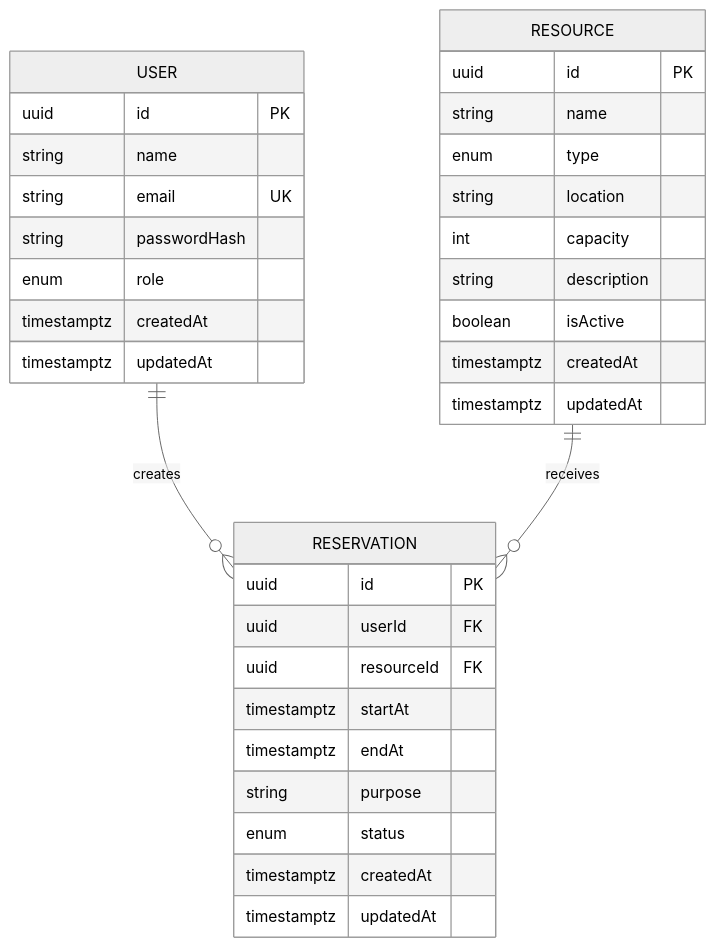
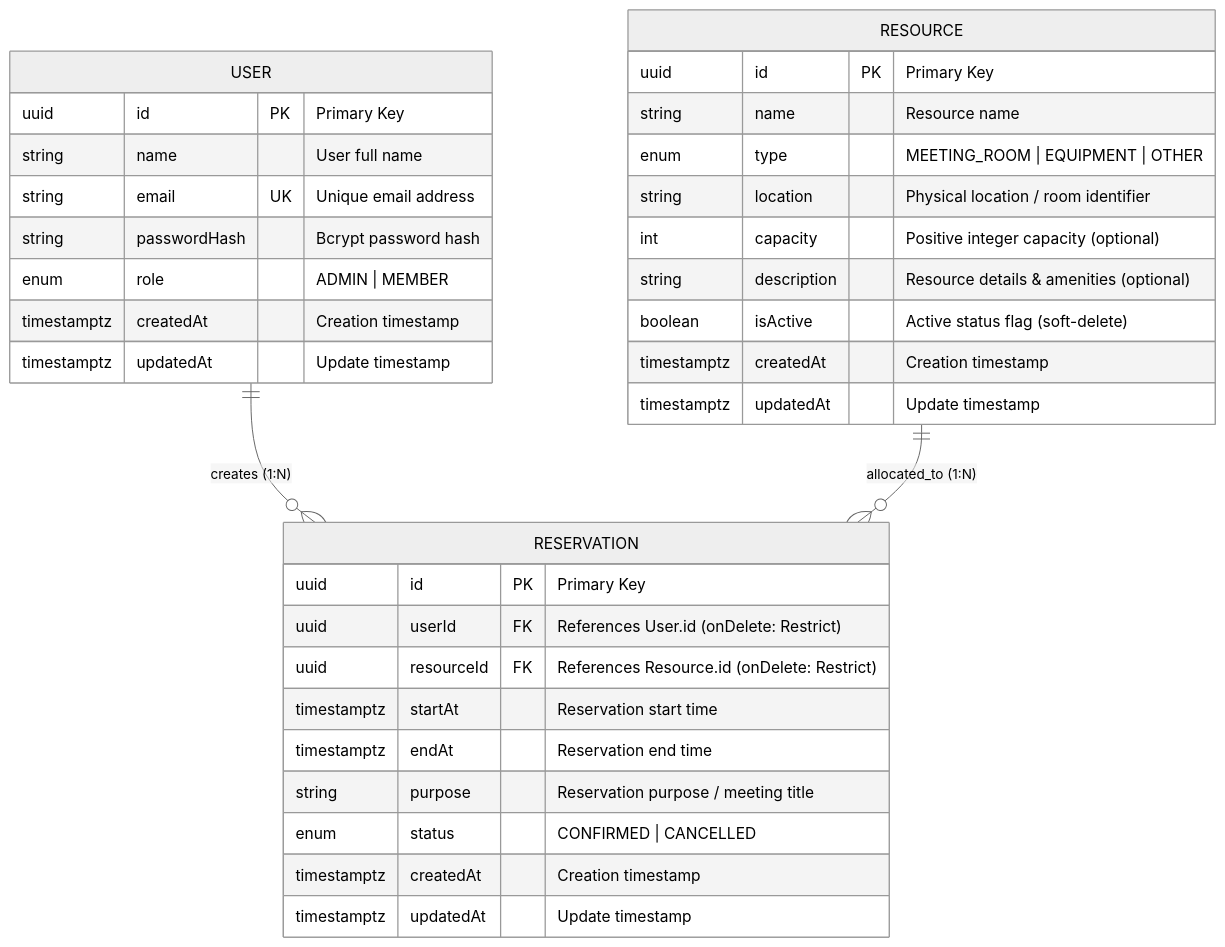
Before and after one commit to HimashaSawani/ReserveHub: the diagram in docs/er-diagram.md, drawn with Mermaid (neutral theme). The commit also changed other lines of this file and 16 other files, not shown here.

````diff
--- a/docs/er-diagram.md
+++ b/docs/er-diagram.md
@@ -3,39 +9,39 @@
 ```mermaid
 erDiagram
-    USER ||--o{ RESERVATION : creates
-    RESOURCE ||--o{ RESERVATION : receives
+    USER ||--o{ RESERVATION : "creates (1:N)"
+    RESOURCE ||--o{ RESERVATION : "allocated_to (1:N)"
 
     USER {
-        uuid id PK
-        string name
-        string email UK
-        string passwordHash
-        enum role
-        timestamptz createdAt
-        timestamptz updatedAt
+        uuid id PK "Primary Key"
+        string name "User full name"
+        string email UK "Unique email address"
+        string passwordHash "Bcrypt password hash"
+        enum role "ADMIN | MEMBER"
+        timestamptz createdAt "Creation timestamp"
+        timestamptz updatedAt "Update timestamp"
     }
 
     RESOURCE {
-        uuid id PK
-        string name
-        enum type
-        string location
-        int capacity
-        string description
-        boolean isActive
-        timestamptz createdAt
-        timestamptz updatedAt
+        uuid id PK "Primary Key"
+        string name "Resource name"
+        enum type "MEETING_ROOM | EQUIPMENT | OTHER"
+        string location "Physical location / room identifier"
+        int capacity "Positive integer capacity (optional)"
+        string description "Resource details & amenities (optional)"
+        boolean isActive "Active status flag (soft-delete)"
+        timestamptz createdAt "Creation timestamp"
+        timestamptz updatedAt "Update timestamp"
     }
 
     RESERVATION {
-        uuid id PK
-        uuid userId FK
-        uuid resourceId FK
-        timestamptz startAt
-        timestamptz endAt
-        string purpose
-        enum status
-        timestamptz createdAt
-        timestamptz updatedAt
+        uuid id PK "Primary Key"
+        uuid userId FK "References User.id (onDelete: Restrict)"
+        uuid resourceId FK "References Resource.id (onDelete: Restrict)"
+        timestamptz startAt "Reservation start time"
+        timestamptz endAt "Reservation end time"
+        string purpose "Reservation purpose / meeting title"
+        enum status "CONFIRMED | CANCELLED"
+        timestamptz createdAt "Creation timestamp"
+        timestamptz updatedAt "Update timestamp"
     }
 ```
````
